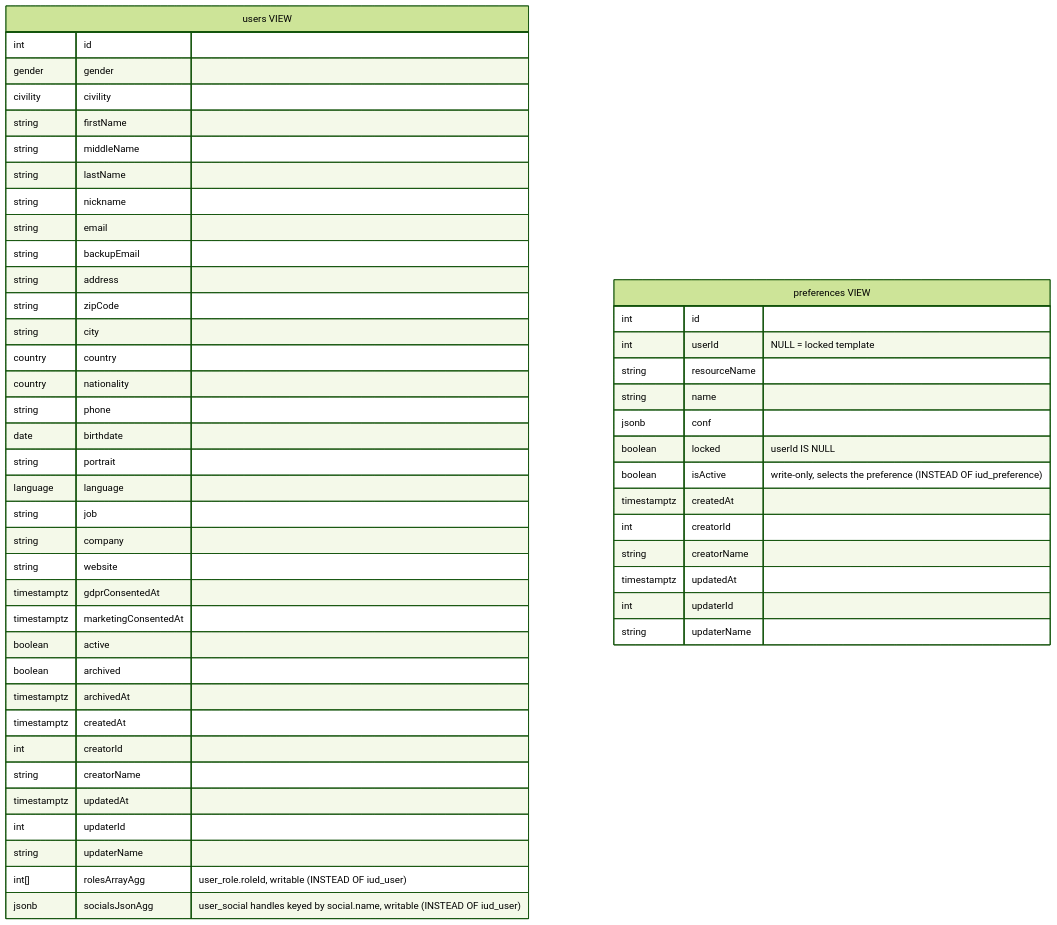
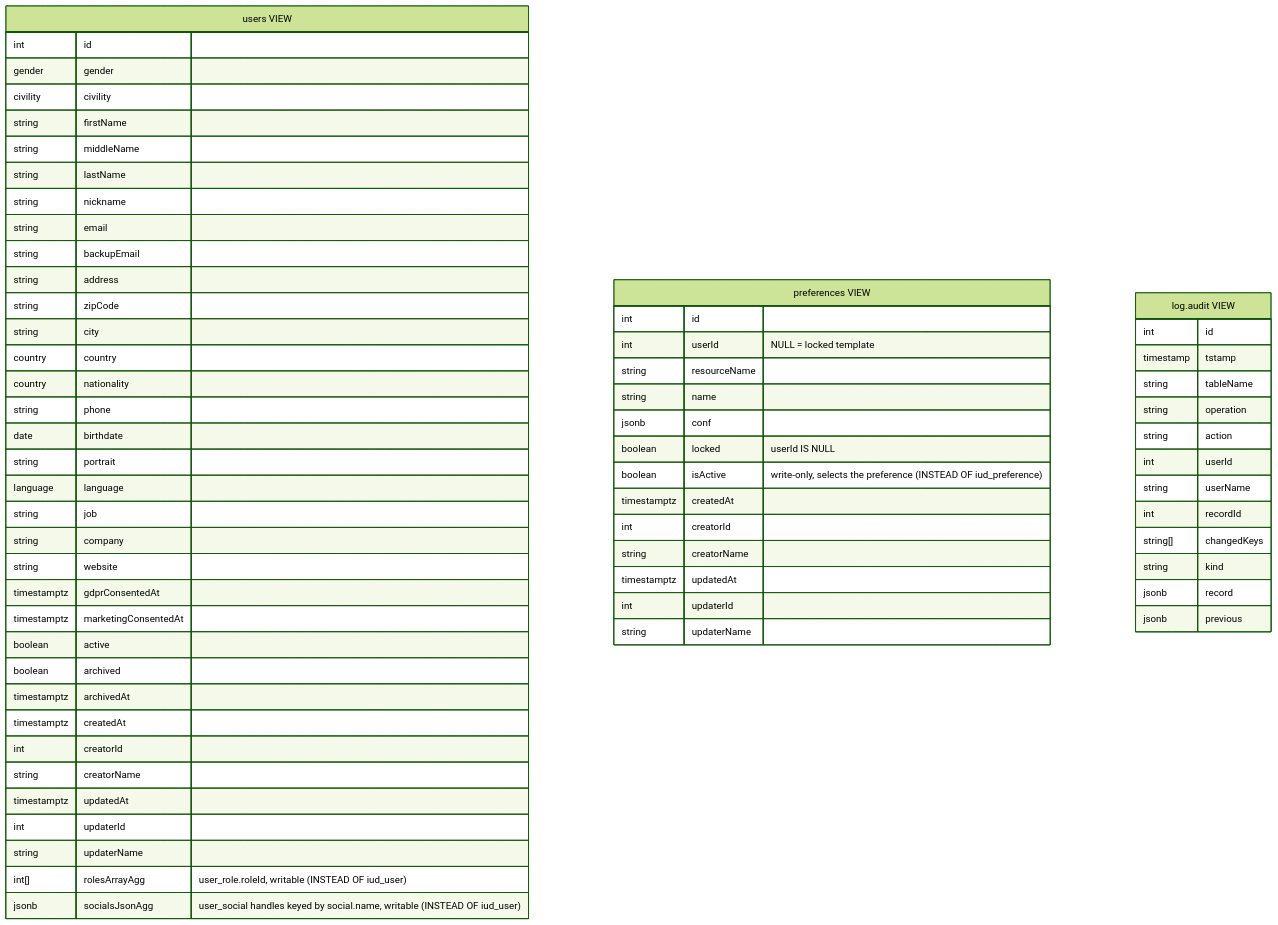
The diagram in doc/erd-views.md (ALTEN-group/Megadex), drawn with Mermaid (forest theme) before and after one commit. The commit also changed 445 other files, not shown here.

````diff
--- a/doc/erd-views.md
+++ b/doc/erd-views.md
@@ -1,60 +1,75 @@
 ```mermaid
 ---
 caption: Views Entity Relationship Diagram
 ---
 
 erDiagram
 
   users["users VIEW"] {
     int id
     gender gender
     civility civility
     string firstName
     string middleName
     string lastName
     string nickname
     string email
     string backupEmail
     string address
     string zipCode
     string city
     country country
     country nationality
     string phone
     date birthdate
     string portrait
     language language
     string job
     string company
     string website
     timestamptz gdprConsentedAt
     timestamptz marketingConsentedAt
     boolean active
     boolean archived
     timestamptz archivedAt
     timestamptz createdAt
     int creatorId
     string creatorName
     timestamptz updatedAt
     int updaterId
     string updaterName
     int[] rolesArrayAgg "user_role.roleId, writable (INSTEAD OF iud_user)"
     jsonb socialsJsonAgg "user_social handles keyed by social.name, writable (INSTEAD OF iud_user)"
   }
 
   preferences["preferences VIEW"] {
     int id
     int userId "NULL = locked template"
     string resourceName
     string name
     jsonb conf
     boolean locked "userId IS NULL"
     boolean isActive "write-only, selects the preference (INSTEAD OF iud_preference)"
     timestamptz createdAt
     int creatorId
     string creatorName
     timestamptz updatedAt
     int updaterId
     string updaterName
   }
+
+  audit["log.audit VIEW"] {
+    int id
+    timestamp tstamp
+    string tableName
+    string operation
+    string action
+    int userId
+    string userName
+    int recordId
+    string[] changedKeys
+    string kind
+    jsonb record
+    jsonb previous
+  }
 ```
````
